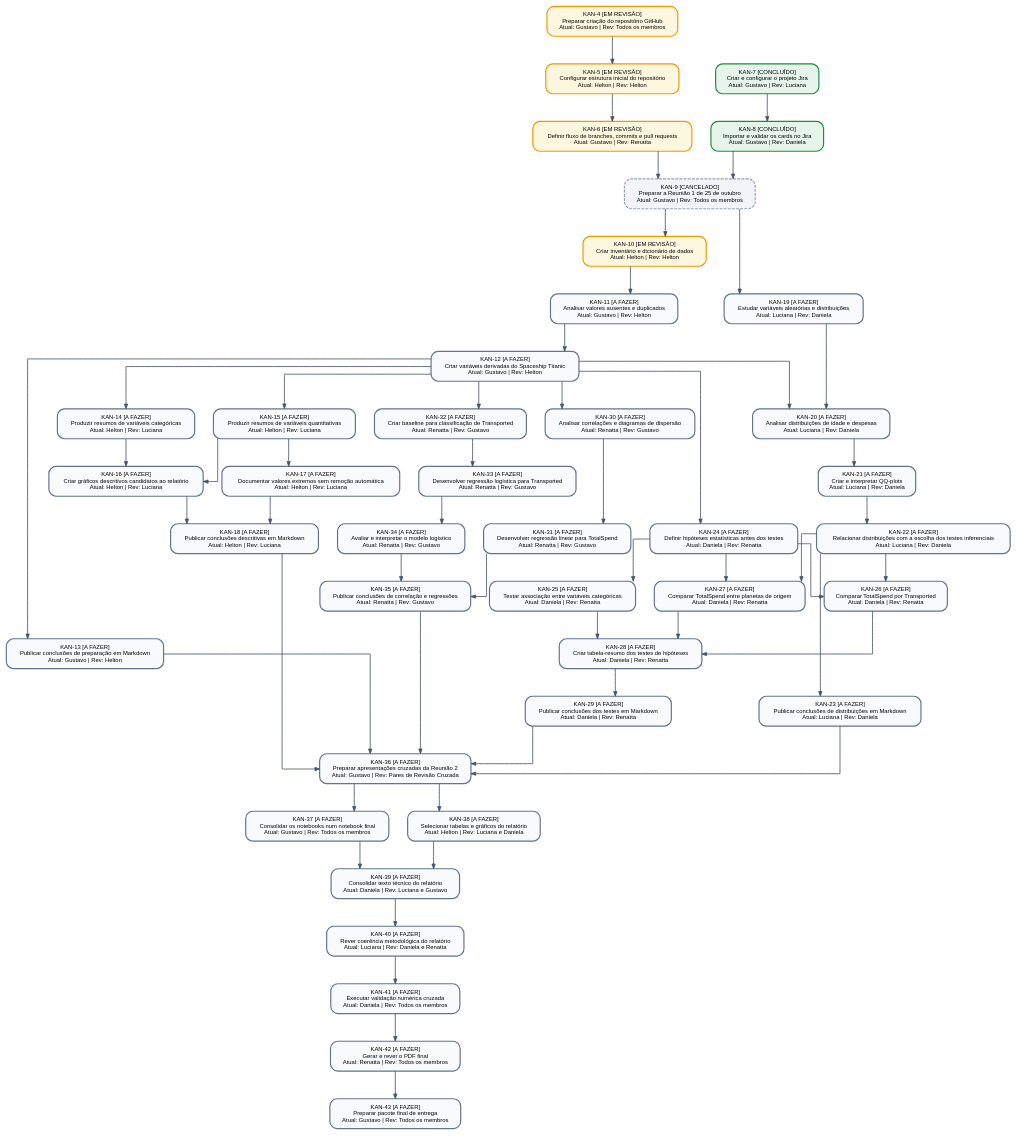
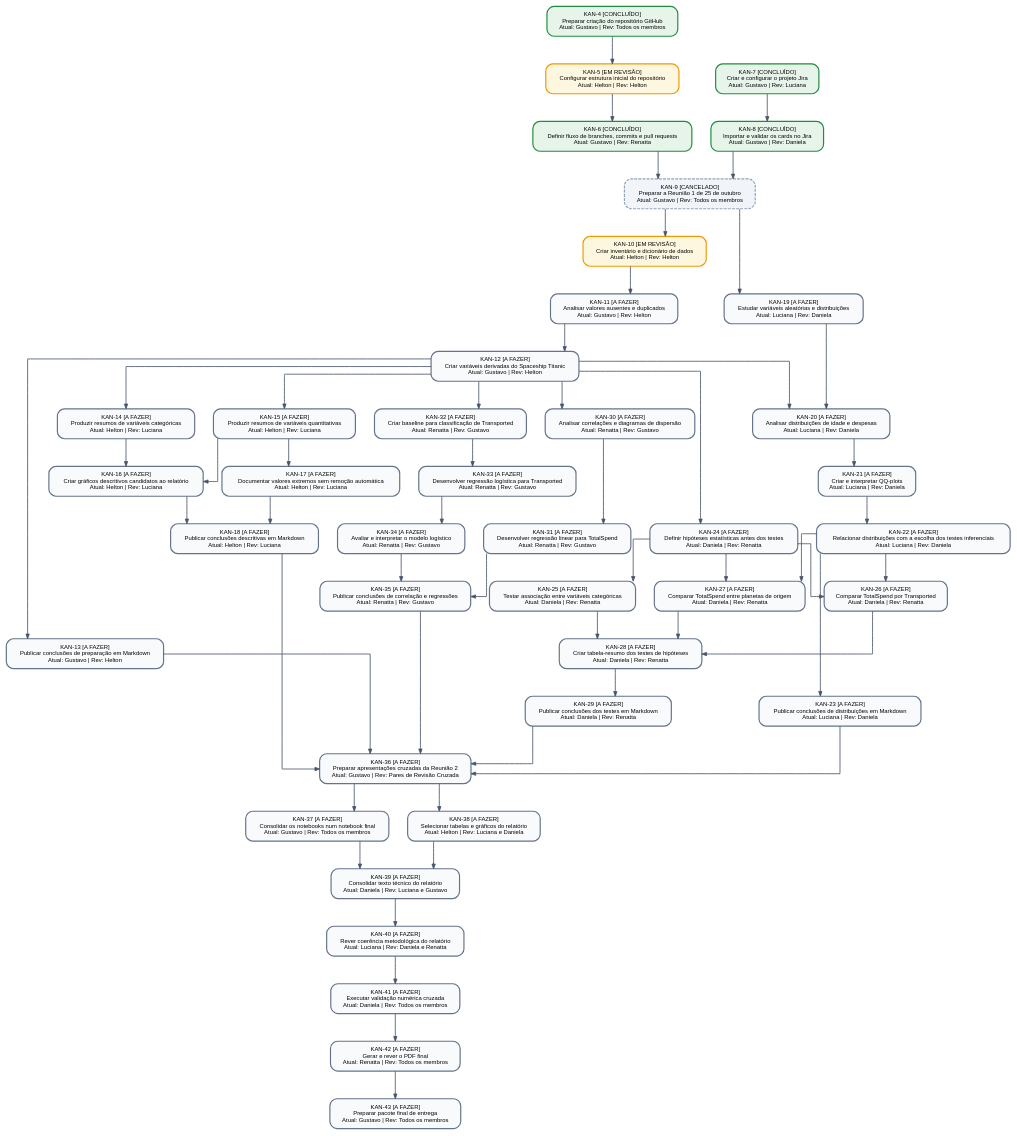
Before and after one commit to gmenezesg/spaceship-titanic-estatistica-posdl: the diagram in docs/mapa_dependencias_jira.dot, drawn with Graphviz. The commit also changed 4 other files, not shown here.

```diff
--- a/docs/mapa_dependencias_jira.dot
+++ b/docs/mapa_dependencias_jira.dot
@@ -1,103 +1,103 @@
 digraph JiraDependencyMap {
     rankdir=TB;
     splines=ortho;
     nodesep=0.45;
     ranksep=0.65;
     fontname="Helvetica";
     node [shape=box, style="rounded,filled", fontname="Helvetica", fontsize=10, margin="0.18,0.12", penwidth=2.0];
     edge [color="#475569", penwidth=1.4, arrowsize=0.8];
 
-    "KAN-4" [label="KAN-4 [EM REVISÃO]\nPreparar criação do repositório GitHub\nAtual: Gustavo | Rev: Todos os membros", fillcolor="#FEF7E0", color="#F29900", style="rounded,filled"];
+    "KAN-4" [label="KAN-4 [CONCLUÍDO]\nPreparar criação do repositório GitHub\nAtual: Gustavo | Rev: Todos os membros", fillcolor="#E6F4EA", color="#1E8E3E", style="rounded,filled"];
     "KAN-5" [label="KAN-5 [EM REVISÃO]\nConfigurar estrutura inicial do repositório\nAtual: Helton | Rev: Helton", fillcolor="#FEF7E0", color="#F29900", style="rounded,filled"];
-    "KAN-6" [label="KAN-6 [EM REVISÃO]\nDefinir fluxo de branches, commits e pull requests\nAtual: Gustavo | Rev: Renatta", fillcolor="#FEF7E0", color="#F29900", style="rounded,filled"];
+    "KAN-6" [label="KAN-6 [CONCLUÍDO]\nDefinir fluxo de branches, commits e pull requests\nAtual: Gustavo | Rev: Renatta", fillcolor="#E6F4EA", color="#1E8E3E", style="rounded,filled"];
     "KAN-7" [label="KAN-7 [CONCLUÍDO]\nCriar e configurar o projeto Jira\nAtual: Gustavo | Rev: Luciana", fillcolor="#E6F4EA", color="#1E8E3E", style="rounded,filled"];
     "KAN-8" [label="KAN-8 [CONCLUÍDO]\nImportar e validar os cards no Jira\nAtual: Gustavo | Rev: Daniela", fillcolor="#E6F4EA", color="#1E8E3E", style="rounded,filled"];
     "KAN-9" [label="KAN-9 [CANCELADO]\nPreparar a Reunião 1 de 25 de outubro\nAtual: Gustavo | Rev: Todos os membros", fillcolor="#F1F5F9", color="#94A3B8", style="rounded,filled,dashed"];
     "KAN-10" [label="KAN-10 [EM REVISÃO]\nCriar inventário e dicionário de dados\nAtual: Helton | Rev: Helton", fillcolor="#FEF7E0", color="#F29900", style="rounded,filled"];
     "KAN-11" [label="KAN-11 [A FAZER]\nAnalisar valores ausentes e duplicados\nAtual: Gustavo | Rev: Helton", fillcolor="#F8FAFC", color="#64748B", style="rounded,filled"];
     "KAN-12" [label="KAN-12 [A FAZER]\nCriar variáveis derivadas do Spaceship Titanic\nAtual: Gustavo | Rev: Helton", fillcolor="#F8FAFC", color="#64748B", style="rounded,filled"];
     "KAN-13" [label="KAN-13 [A FAZER]\nPublicar conclusões de preparação em Markdown\nAtual: Gustavo | Rev: Helton", fillcolor="#F8FAFC", color="#64748B", style="rounded,filled"];
     "KAN-14" [label="KAN-14 [A FAZER]\nProduzir resumos de variáveis categóricas\nAtual: Helton | Rev: Luciana", fillcolor="#F8FAFC", color="#64748B", style="rounded,filled"];
     "KAN-15" [label="KAN-15 [A FAZER]\nProduzir resumos de variáveis quantitativas\nAtual: Helton | Rev: Luciana", fillcolor="#F8FAFC", color="#64748B", style="rounded,filled"];
     "KAN-16" [label="KAN-16 [A FAZER]\nCriar gráficos descritivos candidatos ao relatório\nAtual: Helton | Rev: Luciana", fillcolor="#F8FAFC", color="#64748B", style="rounded,filled"];
     "KAN-17" [label="KAN-17 [A FAZER]\nDocumentar valores extremos sem remoção automática\nAtual: Helton | Rev: Luciana", fillcolor="#F8FAFC", color="#64748B", style="rounded,filled"];
     "KAN-18" [label="KAN-18 [A FAZER]\nPublicar conclusões descritivas em Markdown\nAtual: Helton | Rev: Luciana", fillcolor="#F8FAFC", color="#64748B", style="rounded,filled"];
     "KAN-19" [label="KAN-19 [A FAZER]\nEstudar variáveis aleatórias e distribuições\nAtual: Luciana | Rev: Daniela", fillcolor="#F8FAFC", color="#64748B", style="rounded,filled"];
     "KAN-20" [label="KAN-20 [A FAZER]\nAnalisar distribuições de idade e despesas\nAtual: Luciana | Rev: Daniela", fillcolor="#F8FAFC", color="#64748B", style="rounded,filled"];
     "KAN-21" [label="KAN-21 [A FAZER]\nCriar e interpretar QQ-plots\nAtual: Luciana | Rev: Daniela", fillcolor="#F8FAFC", color="#64748B", style="rounded,filled"];
     "KAN-22" [label="KAN-22 [A FAZER]\nRelacionar distribuições com a escolha dos testes inferenciais\nAtual: Luciana | Rev: Daniela", fillcolor="#F8FAFC", color="#64748B", style="rounded,filled"];
     "KAN-23" [label="KAN-23 [A FAZER]\nPublicar conclusões de distribuições em Markdown\nAtual: Luciana | Rev: Daniela", fillcolor="#F8FAFC", color="#64748B", style="rounded,filled"];
     "KAN-24" [label="KAN-24 [A FAZER]\nDefinir hipóteses estatísticas antes dos testes\nAtual: Daniela | Rev: Renatta", fillcolor="#F8FAFC", color="#64748B", style="rounded,filled"];
     "KAN-25" [label="KAN-25 [A FAZER]\nTestar associação entre variáveis categóricas\nAtual: Daniela | Rev: Renatta", fillcolor="#F8FAFC", color="#64748B", style="rounded,filled"];
     "KAN-26" [label="KAN-26 [A FAZER]\nComparar TotalSpend por Transported\nAtual: Daniela | Rev: Renatta", fillcolor="#F8FAFC", color="#64748B", style="rounded,filled"];
     "KAN-27" [label="KAN-27 [A FAZER]\nComparar TotalSpend entre planetas de origem\nAtual: Daniela | Rev: Renatta", fillcolor="#F8FAFC", color="#64748B", style="rounded,filled"];
     "KAN-28" [label="KAN-28 [A FAZER]\nCriar tabela-resumo dos testes de hipóteses\nAtual: Daniela | Rev: Renatta", fillcolor="#F8FAFC", color="#64748B", style="rounded,filled"];
     "KAN-29" [label="KAN-29 [A FAZER]\nPublicar conclusões dos testes em Markdown\nAtual: Daniela | Rev: Renatta", fillcolor="#F8FAFC", color="#64748B", style="rounded,filled"];
     "KAN-30" [label="KAN-30 [A FAZER]\nAnalisar correlações e diagramas de dispersão\nAtual: Renatta | Rev: Gustavo", fillcolor="#F8FAFC", color="#64748B", style="rounded,filled"];
     "KAN-31" [label="KAN-31 [A FAZER]\nDesenvolver regressão linear para TotalSpend\nAtual: Renatta | Rev: Gustavo", fillcolor="#F8FAFC", color="#64748B", style="rounded,filled"];
     "KAN-32" [label="KAN-32 [A FAZER]\nCriar baseline para classificação de Transported\nAtual: Renatta | Rev: Gustavo", fillcolor="#F8FAFC", color="#64748B", style="rounded,filled"];
     "KAN-33" [label="KAN-33 [A FAZER]\nDesenvolver regressão logística para Transported\nAtual: Renatta | Rev: Gustavo", fillcolor="#F8FAFC", color="#64748B", style="rounded,filled"];
     "KAN-34" [label="KAN-34 [A FAZER]\nAvaliar e interpretar o modelo logístico\nAtual: Renatta | Rev: Gustavo", fillcolor="#F8FAFC", color="#64748B", style="rounded,filled"];
     "KAN-35" [label="KAN-35 [A FAZER]\nPublicar conclusões de correlação e regressões\nAtual: Renatta | Rev: Gustavo", fillcolor="#F8FAFC", color="#64748B", style="rounded,filled"];
     "KAN-36" [label="KAN-36 [A FAZER]\nPreparar apresentações cruzadas da Reunião 2\nAtual: Gustavo | Rev: Pares de Revisão Cruzada", fillcolor="#F8FAFC", color="#64748B", style="rounded,filled"];
     "KAN-37" [label="KAN-37 [A FAZER]\nConsolidar os notebooks num notebook final\nAtual: Gustavo | Rev: Todos os membros", fillcolor="#F8FAFC", color="#64748B", style="rounded,filled"];
     "KAN-38" [label="KAN-38 [A FAZER]\nSelecionar tabelas e gráficos do relatório\nAtual: Helton | Rev: Luciana e Daniela", fillcolor="#F8FAFC", color="#64748B", style="rounded,filled"];
     "KAN-39" [label="KAN-39 [A FAZER]\nConsolidar texto técnico do relatório\nAtual: Daniela | Rev: Luciana e Gustavo", fillcolor="#F8FAFC", color="#64748B", style="rounded,filled"];
     "KAN-40" [label="KAN-40 [A FAZER]\nRever coerência metodológica do relatório\nAtual: Luciana | Rev: Daniela e Renatta", fillcolor="#F8FAFC", color="#64748B", style="rounded,filled"];
     "KAN-41" [label="KAN-41 [A FAZER]\nExecutar validação numérica cruzada\nAtual: Daniela | Rev: Todos os membros", fillcolor="#F8FAFC", color="#64748B", style="rounded,filled"];
     "KAN-42" [label="KAN-42 [A FAZER]\nGerar e rever o PDF final\nAtual: Renatta | Rev: Todos os membros", fillcolor="#F8FAFC", color="#64748B", style="rounded,filled"];
     "KAN-43" [label="KAN-43 [A FAZER]\nPreparar pacote final de entrega\nAtual: Gustavo | Rev: Todos os membros", fillcolor="#F8FAFC", color="#64748B", style="rounded,filled"];
 
     "KAN-4" -> "KAN-5";
     "KAN-5" -> "KAN-6";
     "KAN-7" -> "KAN-8";
     "KAN-6" -> "KAN-9";
     "KAN-8" -> "KAN-9";
     "KAN-9" -> "KAN-10";
     "KAN-10" -> "KAN-11";
     "KAN-11" -> "KAN-12";
     "KAN-12" -> "KAN-13";
     "KAN-12" -> "KAN-14";
     "KAN-12" -> "KAN-15";
     "KAN-14" -> "KAN-16";
     "KAN-15" -> "KAN-16";
     "KAN-15" -> "KAN-17";
     "KAN-16" -> "KAN-18";
     "KAN-17" -> "KAN-18";
     "KAN-9" -> "KAN-19";
     "KAN-12" -> "KAN-20";
     "KAN-19" -> "KAN-20";
     "KAN-20" -> "KAN-21";
     "KAN-21" -> "KAN-22";
     "KAN-22" -> "KAN-23";
     "KAN-12" -> "KAN-24";
     "KAN-24" -> "KAN-25";
     "KAN-22" -> "KAN-26";
     "KAN-24" -> "KAN-26";
     "KAN-22" -> "KAN-27";
     "KAN-24" -> "KAN-27";
     "KAN-25" -> "KAN-28";
     "KAN-26" -> "KAN-28";
     "KAN-27" -> "KAN-28";
     "KAN-28" -> "KAN-29";
     "KAN-12" -> "KAN-30";
     "KAN-30" -> "KAN-31";
     "KAN-12" -> "KAN-32";
     "KAN-32" -> "KAN-33";
     "KAN-33" -> "KAN-34";
     "KAN-34" -> "KAN-35";
     "KAN-31" -> "KAN-35";
     "KAN-13" -> "KAN-36";
     "KAN-18" -> "KAN-36";
     "KAN-23" -> "KAN-36";
     "KAN-29" -> "KAN-36";
     "KAN-35" -> "KAN-36";
     "KAN-36" -> "KAN-37";
     "KAN-36" -> "KAN-38";
     "KAN-37" -> "KAN-39";
     "KAN-38" -> "KAN-39";
     "KAN-39" -> "KAN-40";
     "KAN-40" -> "KAN-41";
     "KAN-41" -> "KAN-42";
     "KAN-42" -> "KAN-43";
 }
```
